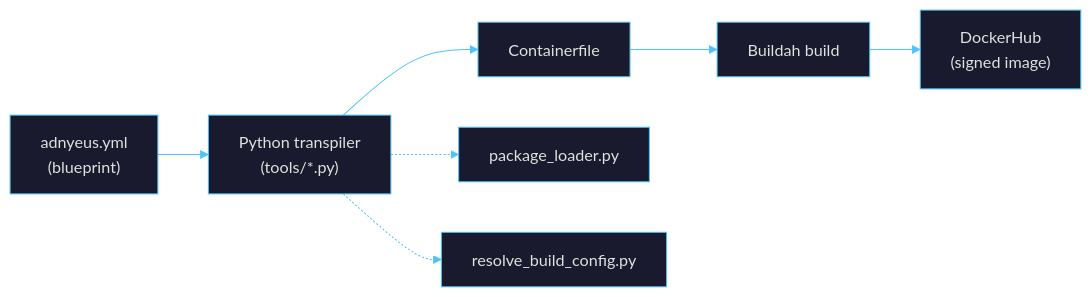
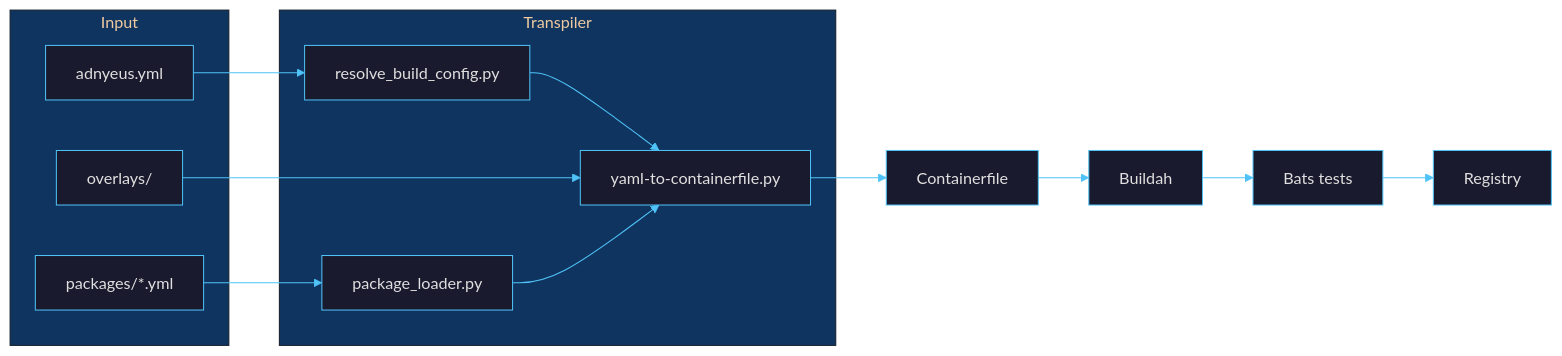
Before and after one commit to borninthedark/exousia: the first of 2 diagrams in README.md, drawn with Mermaid. The commit also changed other lines of this file and 24 other files, not shown here.

````diff
--- a/README.md
+++ b/README.md
@@ -86,10 +86,21 @@
 ```mermaid
 %%{init: {'theme': 'base', 'themeVariables': {'primaryColor': '#1a1a2e', 'primaryTextColor': '#e0e0e0', 'primaryBorderColor': '#4fc3f7', 'lineColor': '#4fc3f7', 'secondaryColor': '#16213e', 'tertiaryColor': '#0f3460', 'edgeLabelBackground': '#1a1a2e'}}}%%
 graph LR
-    A["adnyeus.yml<br/>(blueprint)"] --> B["Python transpiler<br/>(tools/*.py)"]
+    subgraph Input
+        A["adnyeus.yml"]
+        O["overlays/"]
+        P["packages/*.yml"]
+    end
+    subgraph Transpiler
+        G["resolve_build_config.py"]
+        F["package_loader.py"]
+        B["yaml-to-containerfile.py"]
+    end
+    A --> G --> B
+    O --> B
+    P --> F --> B
     B --> C["Containerfile"]
-    C --> D["Buildah build"]
-    D --> E["DockerHub<br/>(signed image)"]
-    B -.-> F["package_loader.py"]
-    B -.-> G["resolve_build_config.py"]
+    C --> D["Buildah"]
+    D --> T["Bats tests"]
+    T --> E["Registry"]
 ```
````
